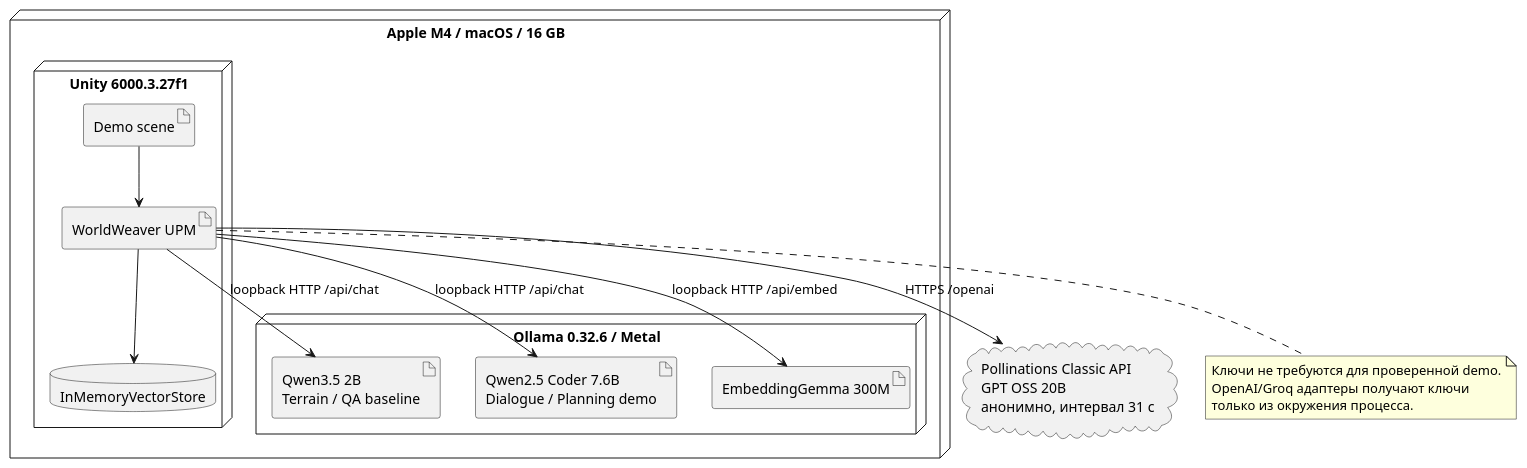
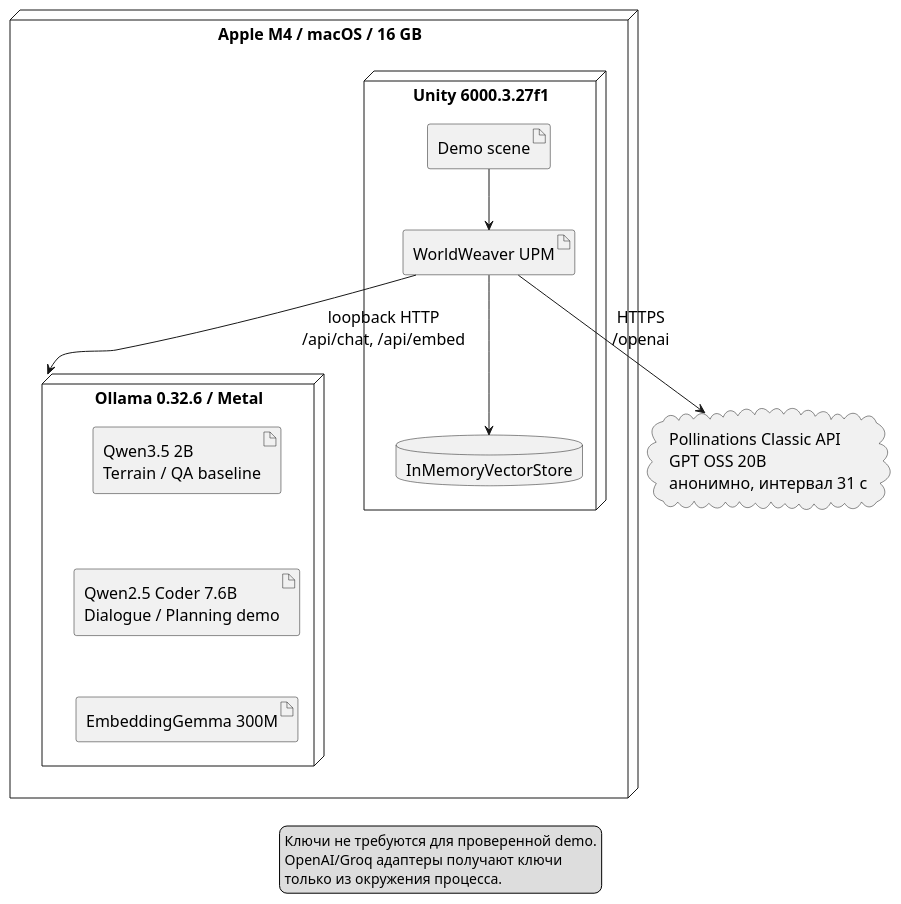
The diagram in docs/uml/deployment.puml (saslekawaiii/scenepilot-unity), drawn with PlantUML before and after one commit. The commit also changed 65 other files, not shown here.

```diff
--- a/docs/uml/deployment.puml
+++ b/docs/uml/deployment.puml
@@ -1,28 +1,31 @@
 @startuml
 skinparam defaultFontName Arial
 skinparam shadowing false
+skinparam defaultFontSize 16
+top to bottom direction
 node "Apple M4 / macOS / 16 GB" {
- node "Unity 6000.3.27f1" {
+ node "Unity 6000.3.27f1" as EditorNode {
   artifact "WorldWeaver UPM" as Toolkit
   artifact "Demo scene" as Scene
   database "InMemoryVectorStore" as Index
  }
- node "Ollama 0.32.6 / Metal" {
+ node "Ollama 0.32.6 / Metal" as OllamaNode {
   artifact "Qwen3.5 2B\nTerrain / QA baseline" as Qwen
   artifact "Qwen2.5 Coder 7.6B\nDialogue / Planning demo" as Coder
   artifact "EmbeddingGemma 300M" as Gemma
+  Qwen -[hidden]down-> Coder
+  Coder -[hidden]down-> Gemma
  }
+ EditorNode -[hidden]down-> OllamaNode
 }
 cloud "Pollinations Classic API\nGPT OSS 20B\nанонимно, интервал 31 с" as Free
 Scene --> Toolkit
 Toolkit --> Index
-Toolkit --> Qwen : loopback HTTP /api/chat
-Toolkit --> Coder : loopback HTTP /api/chat
-Toolkit --> Gemma : loopback HTTP /api/embed
-Toolkit --> Free : HTTPS /openai
-note bottom of Toolkit
+Toolkit --> OllamaNode : loopback HTTP\n/api/chat, /api/embed
+Toolkit --> Free : HTTPS\n/openai
+legend bottom
 Ключи не требуются для проверенной demo.
 OpenAI/Groq адаптеры получают ключи
 только из окружения процесса.
-end note
+endlegend
 @enduml
```
